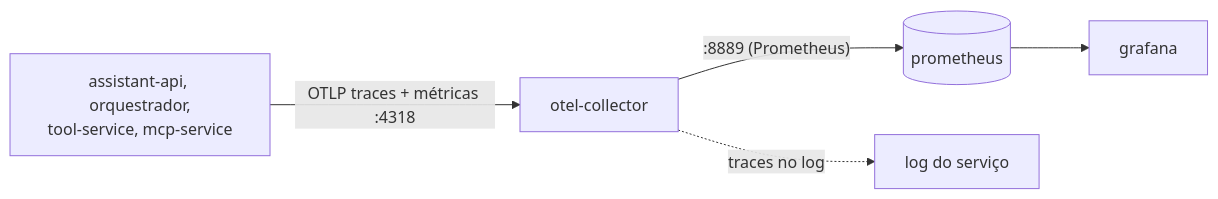
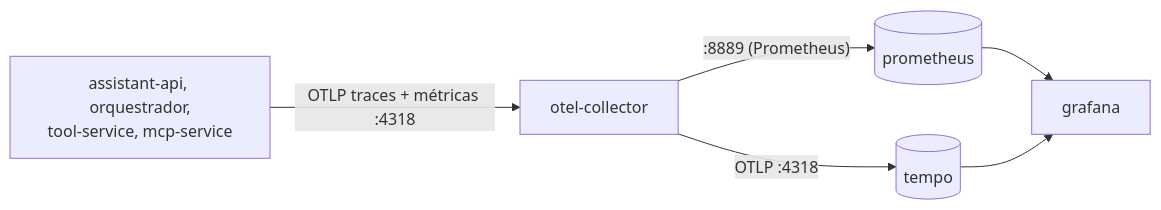
Before and after one commit to m4n1nh0/assistant_app: the second of 3 diagrams in docs/arquitetura/deploy-railway.md, drawn with Mermaid. The commit also changed other lines of this file and 8 other files, not shown here.

Commit message:
feat(observabilidade): Tempo para traces e mapa de servicos, fluxo ao vivo em ECharts

````diff
--- a/docs/arquitetura/deploy-railway.md
+++ b/docs/arquitetura/deploy-railway.md
@@ -188,7 +189,8 @@
 ```mermaid
 flowchart LR
     APP[assistant-api, orquestrador,<br/>tool-service, mcp-service] -->|OTLP traces + métricas :4318| COL[otel-collector]
     COL -->|":8889 (Prometheus)"| PROM[(prometheus)]
+    COL -->|"OTLP :4318"| TEMPO[(tempo)]
     PROM --> GRAF[grafana]
-    COL -.->|traces no log| LOG[log do serviço]
+    TEMPO --> GRAF
 ```
````
